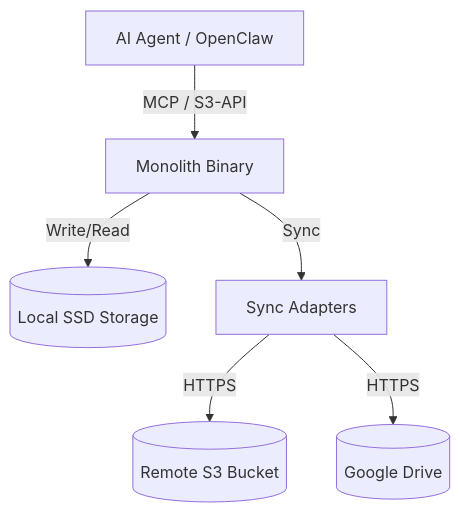
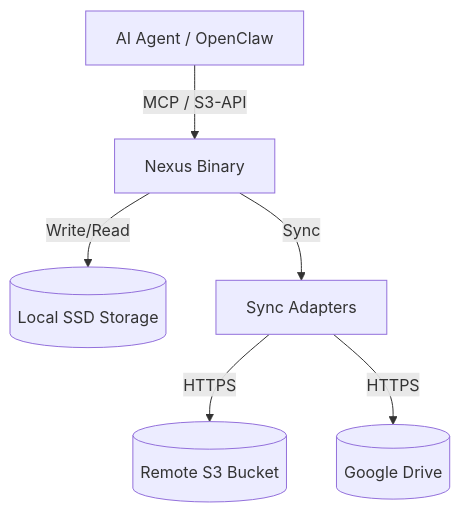
The diagram in docs/ARCHITECTURE.md (kagi-labs/kura), drawn with Mermaid before and after one commit. The commit also changed other lines of this file and 1 other file, not shown here.

Commit message:
Rename Project Monolith to Project Nexus 🛰️

````diff
--- a/docs/ARCHITECTURE.md
+++ b/docs/ARCHITECTURE.md
@@ -6,8 +6,8 @@
 ```mermaid
 graph TD
-    Agent[AI Agent / OpenClaw] -->|MCP / S3-API| Monolith[Monolith Binary]
-    Monolith -->|Write/Read| LocalSSD[(Local SSD Storage)]
-    Monolith -->|Sync| Adapter[Sync Adapters]
+    Agent[AI Agent / OpenClaw] -->|MCP / S3-API| Nexus[Nexus Binary]
+    Nexus -->|Write/Read| LocalSSD[(Local SSD Storage)]
+    Nexus -->|Sync| Adapter[Sync Adapters]
     Adapter -->|HTTPS| S3[(Remote S3 Bucket)]
     Adapter -->|HTTPS| GDrive[(Google Drive)]
 ```
````
